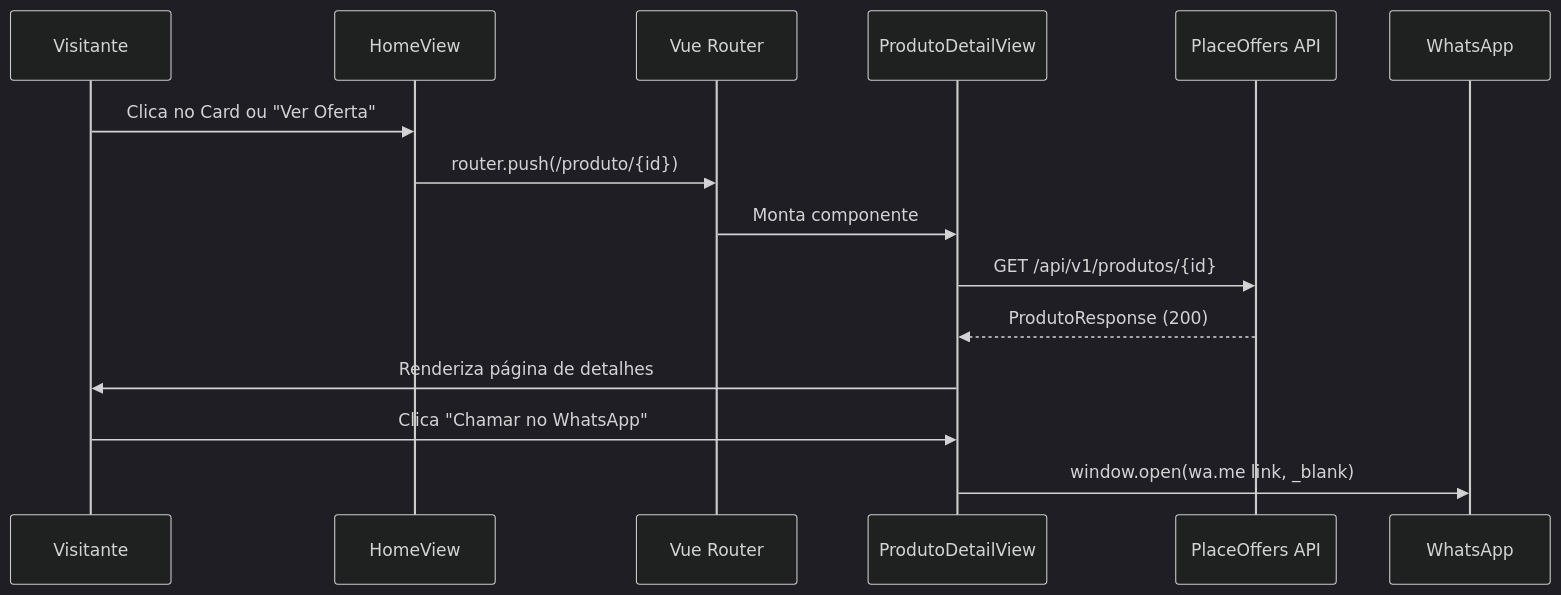
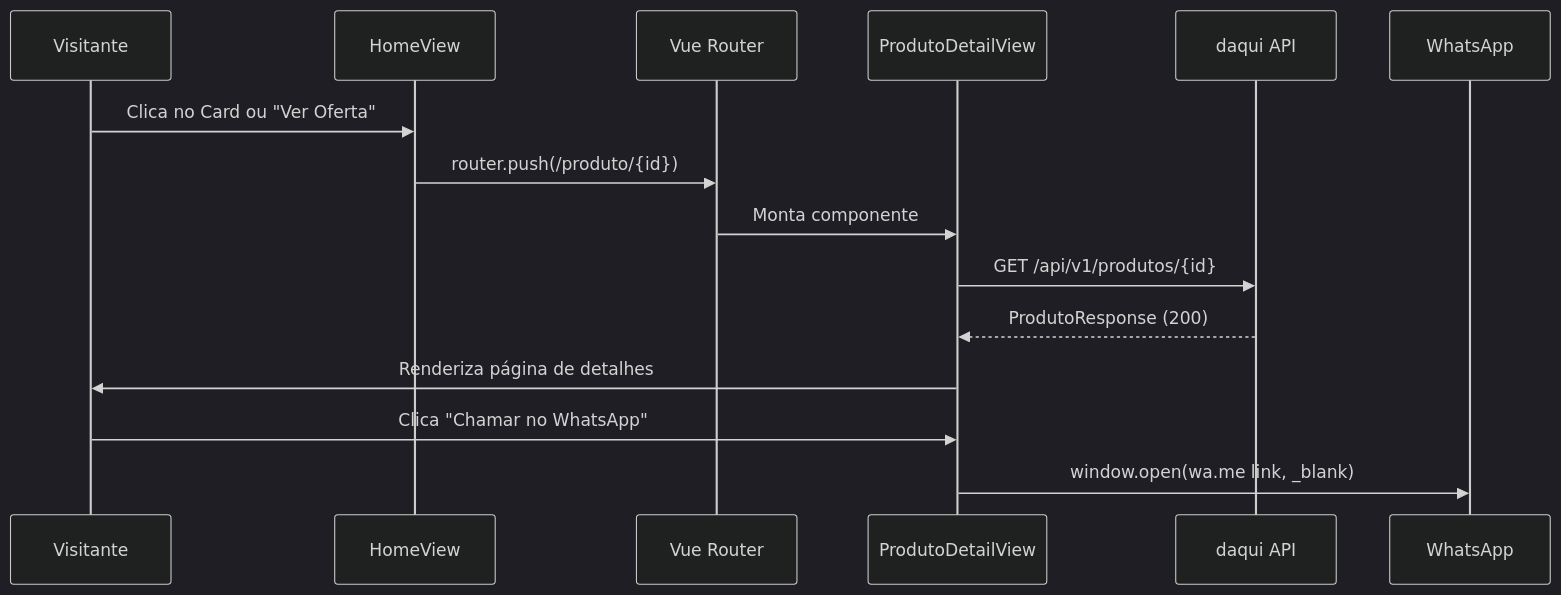
The second of 2 diagrams in .kiro/specs/product-detail-whatsapp/design.md (MarcosABatista/eco-merce), drawn with Mermaid (dark theme) before and after one commit. The commit also changed other lines of this file and 212 other files, not shown here.

````diff
--- a/.kiro/specs/product-detail-whatsapp/design.md
+++ b/.kiro/specs/product-detail-whatsapp/design.md
@@ -44,18 +44,18 @@
 ```mermaid
 sequenceDiagram
     participant V as Visitante
     participant H as HomeView
     participant R as Vue Router
     participant PD as ProdutoDetailView
-    participant API as PlaceOffers API
+    participant API as daqui API
     participant WA as WhatsApp
 
     V->>H: Clica no Card ou "Ver Oferta"
     H->>R: router.push(/produto/{id})
     R->>PD: Monta componente
     PD->>API: GET /api/v1/produtos/{id}
     API-->>PD: ProdutoResponse (200)
     PD->>V: Renderiza página de detalhes
     V->>PD: Clica "Chamar no WhatsApp"
     PD->>WA: window.open(wa.me link, _blank)
 ```
````
